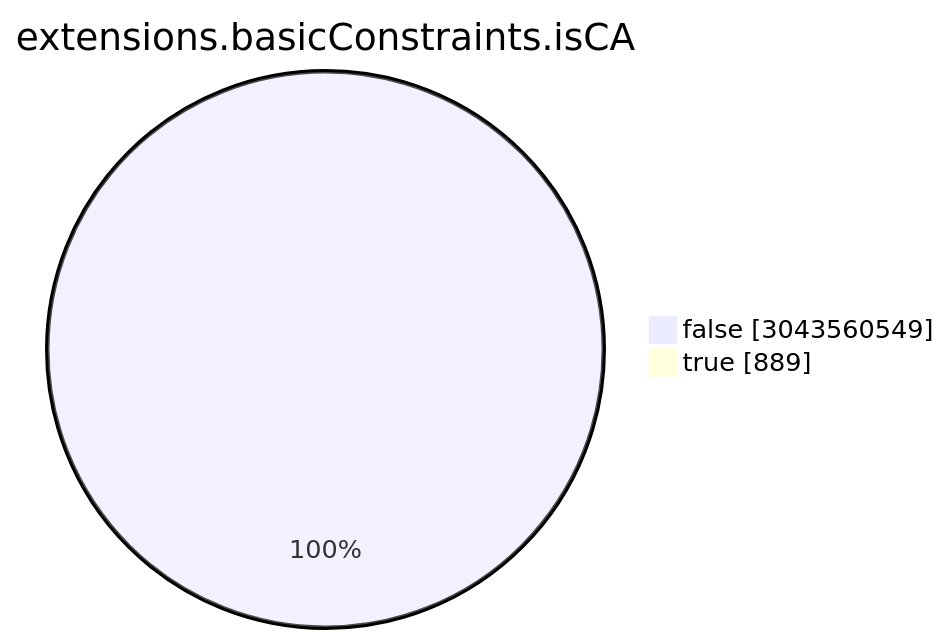
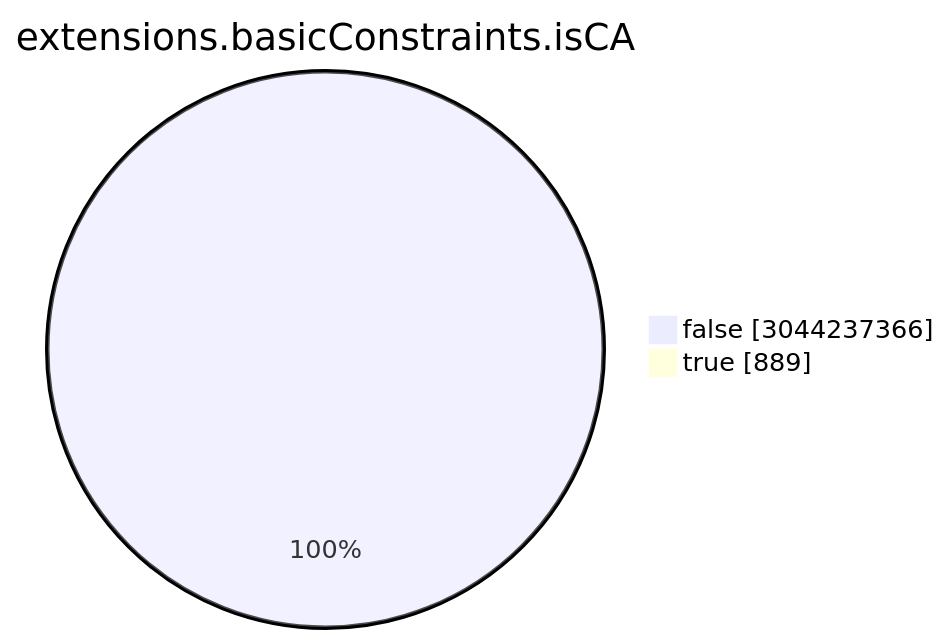
One commit to christiankrug/ctmonitor_visualization changed the seventh of 15 diagrams in TOTAL/README.md. Above: the diagram before and after it, drawn with Mermaid. The commit also changed other lines of this file, not shown here.

````diff
--- a/TOTAL/README.md
+++ b/TOTAL/README.md
@@ -3086,6 +3086,6 @@
 ```mermaid
 pie showData
 title extensions.basicConstraints.isCA
-"false" :3043560549
+"false" :3044237366
 "true" :889
 ```
````
